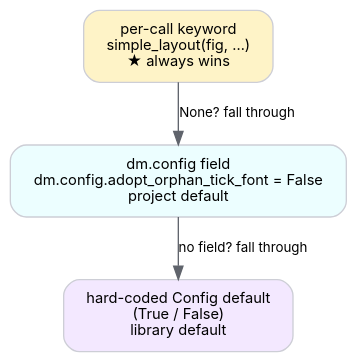
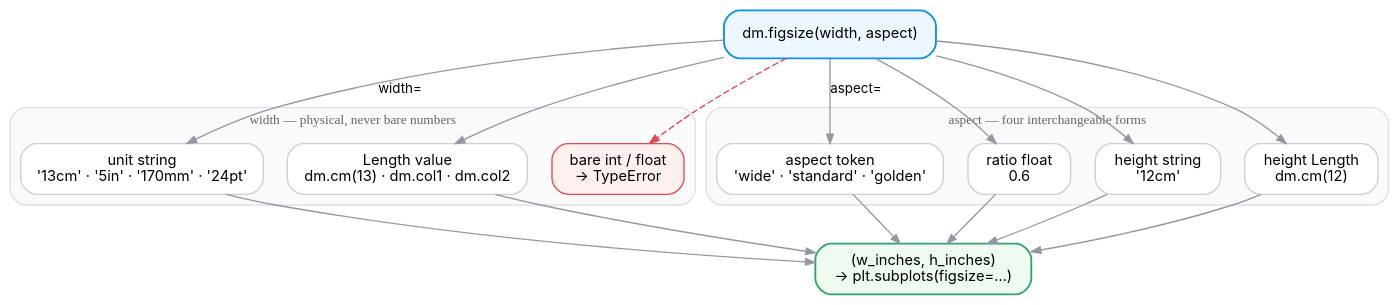
Before and after one commit to dartworklabs/dartwork-mpl: the second of 2 diagrams in docs/internals/diagrams_poc.md, drawn with Graphviz. The commit also changed other lines of this file and 8 other files, not shown here.

````diff
--- a/docs/internals/diagrams_poc.md
+++ b/docs/internals/diagrams_poc.md
@@ -68,16 +101,52 @@
 ```{graphviz}
-digraph config_chain {
+digraph figsize_contract {
     rankdir="TB";
     bgcolor="transparent";
-    node [shape=box, style="rounded,filled", fontname="Inter, system-ui, sans-serif",
-          fontsize=11, margin="0.22,0.13", color="#cdced6"];
-    edge [fontname="Inter, system-ui, sans-serif", fontsize=10, color="#60646c"];
+    node [shape=box, style="rounded,filled", fillcolor="#ffffff",
+          color="#cdced6", fontsize=11, margin="0.18,0.10",
+          fontname="Inter, system-ui, sans-serif"];
+    edge [color="#9498a3", fontsize=10, arrowsize=0.7,
+          fontname="Inter, system-ui, sans-serif"];
 
-    A [label="per-call keyword\nsimple_layout(fig, …)\n★ always wins", fillcolor="#fef3c7"];
-    B [label="dm.config field\ndm.config.adopt_orphan_tick_font = False\nproject default", fillcolor="#ecfeff"];
-    C [label="hard-coded Config default\n(True / False)\nlibrary default", fillcolor="#f3e8ff"];
+    call [label="dm.figsize(width, aspect)", fillcolor="#eef6ff",
+          color="#0d8ee8", penwidth=1.4];
 
-    A -> B [label="None? fall through"];
-    B -> C [label="no field? fall through"];
+    subgraph cluster_w {
+        label="width — physical, never bare numbers";
+        style="rounded,filled"; fillcolor="#fafafb"; color="#dfe0e6";
+        fontsize=10; fontcolor="#60646c";
+        w_str  [label="unit string\n'13cm' · '5in' · '170mm' · '24pt'"];
+        w_len  [label="Length value\ndm.cm(13) · dm.col1 · dm.col2"];
+        w_bad  [label="bare int / float\n→ TypeError", fillcolor="#fff0f0",
+                color="#e5484d"];
+    }
+
+    subgraph cluster_a {
+        label="aspect — four interchangeable forms";
+        style="rounded,filled"; fillcolor="#fafafb"; color="#dfe0e6";
+        fontsize=10; fontcolor="#60646c";
+        a_tok  [label="aspect token\n'wide' · 'standard' · 'golden'"];
+        a_num  [label="ratio float\n0.6"];
+        a_hstr [label="height string\n'12cm'"];
+        a_hlen [label="height Length\ndm.cm(12)"];
+    }
+
+    out [label="(w_inches, h_inches)\n→ plt.subplots(figsize=…)",
+         fillcolor="#effaf1", color="#30a46c", penwidth=1.4];
+
+    call -> w_str  [label="width="];
+    call -> w_len;
+    call -> w_bad  [color="#e5484d", style=dashed];
+    call -> a_tok  [label="aspect="];
+    call -> a_num;
+    call -> a_hstr;
+    call -> a_hlen;
+
+    w_str  -> out;
+    w_len  -> out;
+    a_tok  -> out;
+    a_num  -> out;
+    a_hstr -> out;
+    a_hlen -> out;
 }
 ```
````
